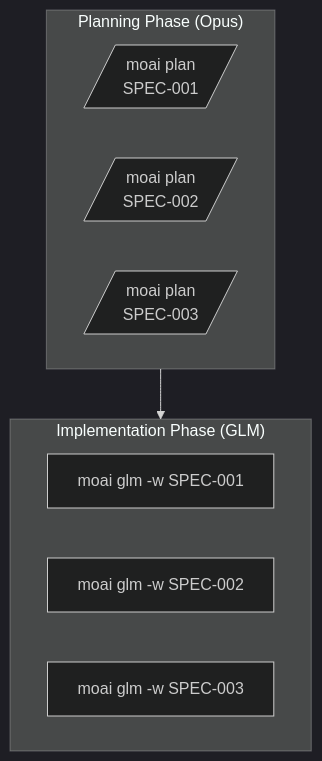
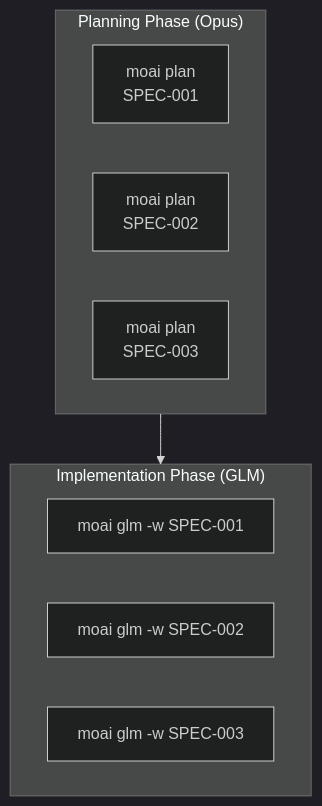
One commit to modu-ai/moai-adk changed the seventh of 9 diagrams in docs-site/content/en/worktree/guide.md. Above: the diagram before and after it, drawn with Mermaid (dark theme). The commit also changed 86 other files, not shown here.

First line of the commit message:
docs(ossdocs): v3.1.1 doc-gap landing — 13-page x4-locale + mermaid fixes + version sync + backend-mix

````diff
--- a/docs-site/content/en/worktree/guide.md
+++ b/docs-site/content/en/worktree/guide.md
@@ -493,16 +493,16 @@
 ```mermaid
 graph TD
     subgraph Planning["Planning Phase (Opus)"]
-        P1[/moai plan<br/>SPEC-001/]
-        P2[/moai plan<br/>SPEC-002/]
-        P3[/moai plan<br/>SPEC-003/]
+        P1["moai plan<br/>SPEC-001"]
+        P2["moai plan<br/>SPEC-002"]
+        P3["moai plan<br/>SPEC-003"]
     end
 
     subgraph Implementation["Implementation Phase (GLM)"]
         I1["moai glm -w SPEC-001"]
         I2["moai glm -w SPEC-002"]
         I3["moai glm -w SPEC-003"]
     end
 
     Planning --> Implementation
 ```
````
